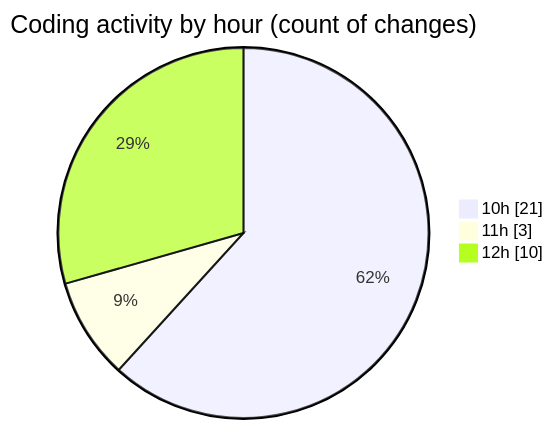
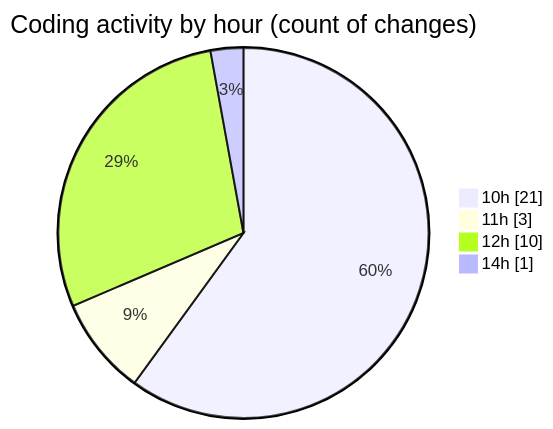
The second of 2 diagrams in 2026-03-17/cda/README.md (momahboobian/code-tracking), drawn with Mermaid before and after one commit. The commit also changed other lines of this file and 1 other file, not shown here.

````diff
--- a/2026-03-17/cda/README.md
+++ b/2026-03-17/cda/README.md
@@ -36,7 +38,8 @@
 ```mermaid
 pie showData
 title Coding activity by hour (count of changes)
 "10h" : 21
 "11h" : 3
 "12h" : 10
+"14h" : 1
 ```
````
